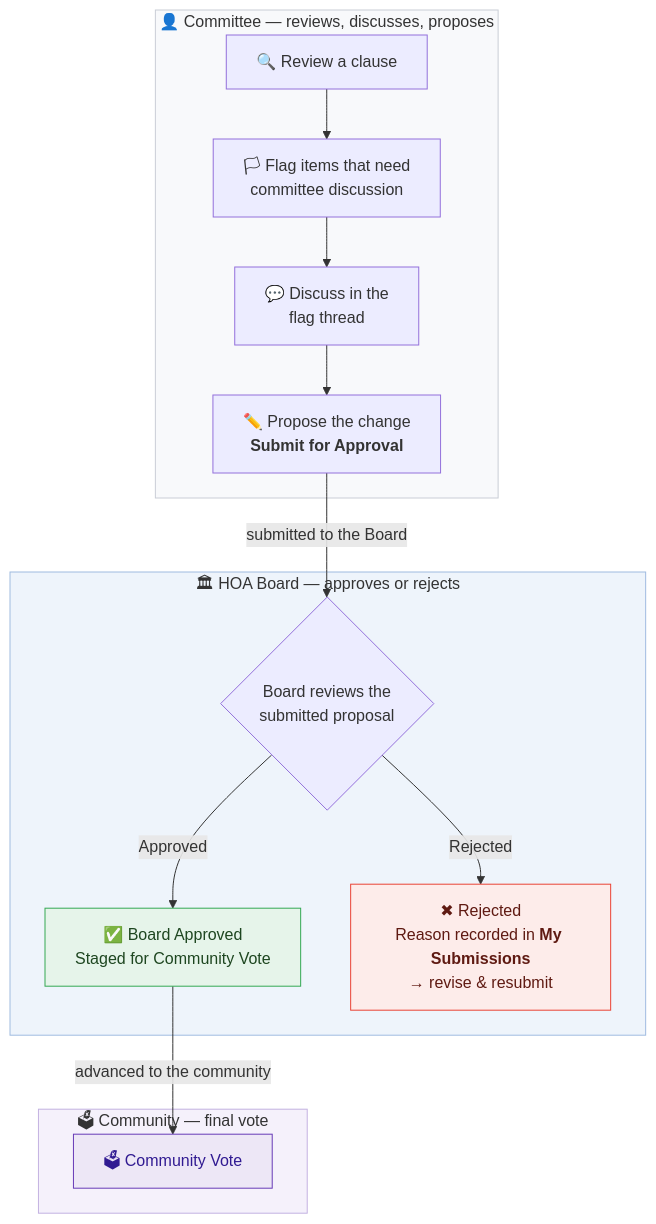
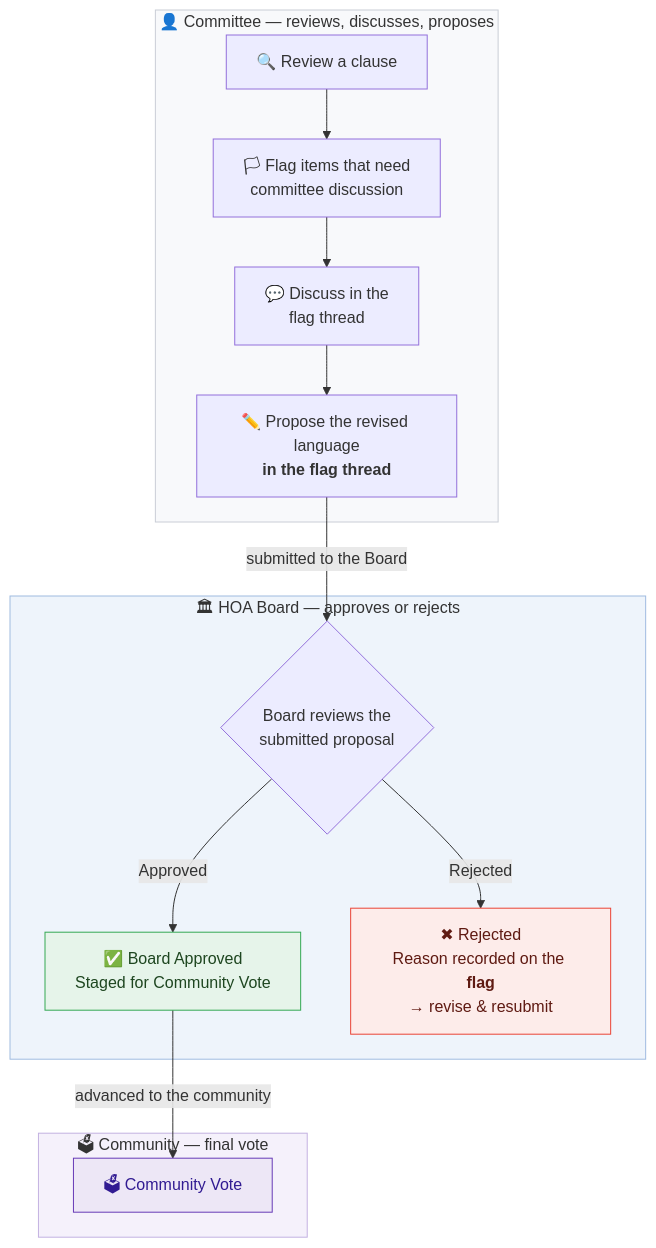
One commit to tmasters2876/hoa-backend changed the diagram in MEMBER_WORKFLOW.md. Above: the diagram before and after it, drawn with Mermaid. The commit also changed other lines of this file and 11 other files, not shown here.

````diff
--- a/MEMBER_WORKFLOW.md
+++ b/MEMBER_WORKFLOW.md
@@ -11,28 +11,28 @@
 ```mermaid
 flowchart TD
     subgraph COMMITTEE["👤 Committee — reviews, discusses, proposes"]
         A["🔍 Review a clause"] --> C["🏳 Flag items that need<br/>committee discussion"]
         C --> D["💬 Discuss in the<br/>flag thread"]
-        D --> E["✏️ Propose the change<br/><b>Submit for Approval</b>"]
+        D --> E["✏️ Propose the revised language<br/><b>in the flag thread</b>"]
     end
 
     subgraph BOARD["🏛 HOA Board — approves or rejects"]
         F{"Board reviews the<br/>submitted proposal"}
         F -->|Approved| G["✅ Board Approved<br/>Staged for Community Vote"]
-        F -->|Rejected| R["✖ Rejected<br/>Reason recorded in <b>My Submissions</b><br/>→ revise &amp; resubmit"]
+        F -->|Rejected| R["✖ Rejected<br/>Reason recorded on the <b>flag</b><br/>→ revise &amp; resubmit"]
     end
 
     subgraph COMMUNITY["🗳 Community — final vote"]
         V["🗳 Community Vote"]
     end
 
     E -->|"submitted to the Board"| F
     G -->|"advanced to the community"| V
 
     style G fill:#e6f4ea,stroke:#34a853,color:#1e4620
     style R fill:#fdecea,stroke:#ea4335,color:#5f1a12
     style V fill:#ede7f6,stroke:#673ab7,color:#311b92
     style COMMITTEE fill:#f8f9fb,stroke:#c9cdd6
     style BOARD fill:#eef4fb,stroke:#9fbbe0
     style COMMUNITY fill:#f5f1fb,stroke:#c3b1e1
 ```
````
